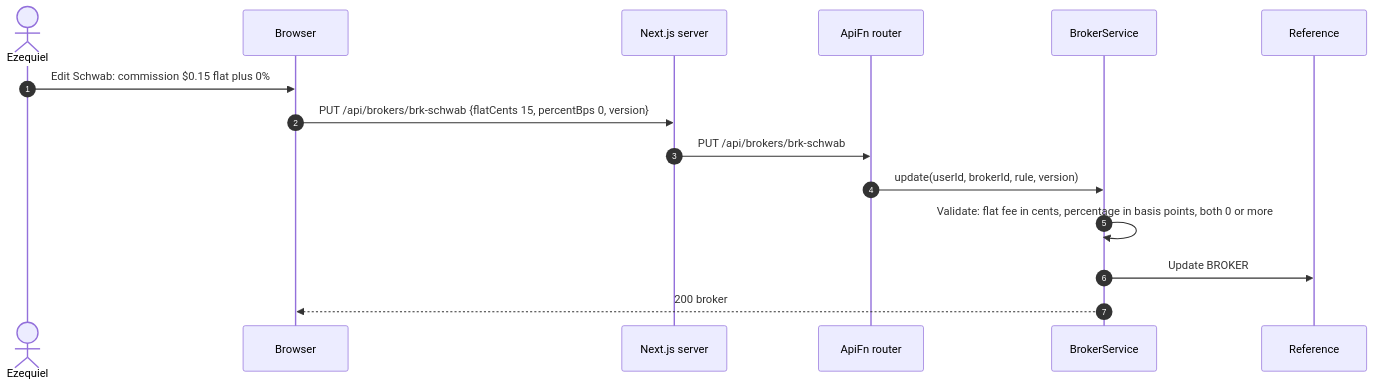
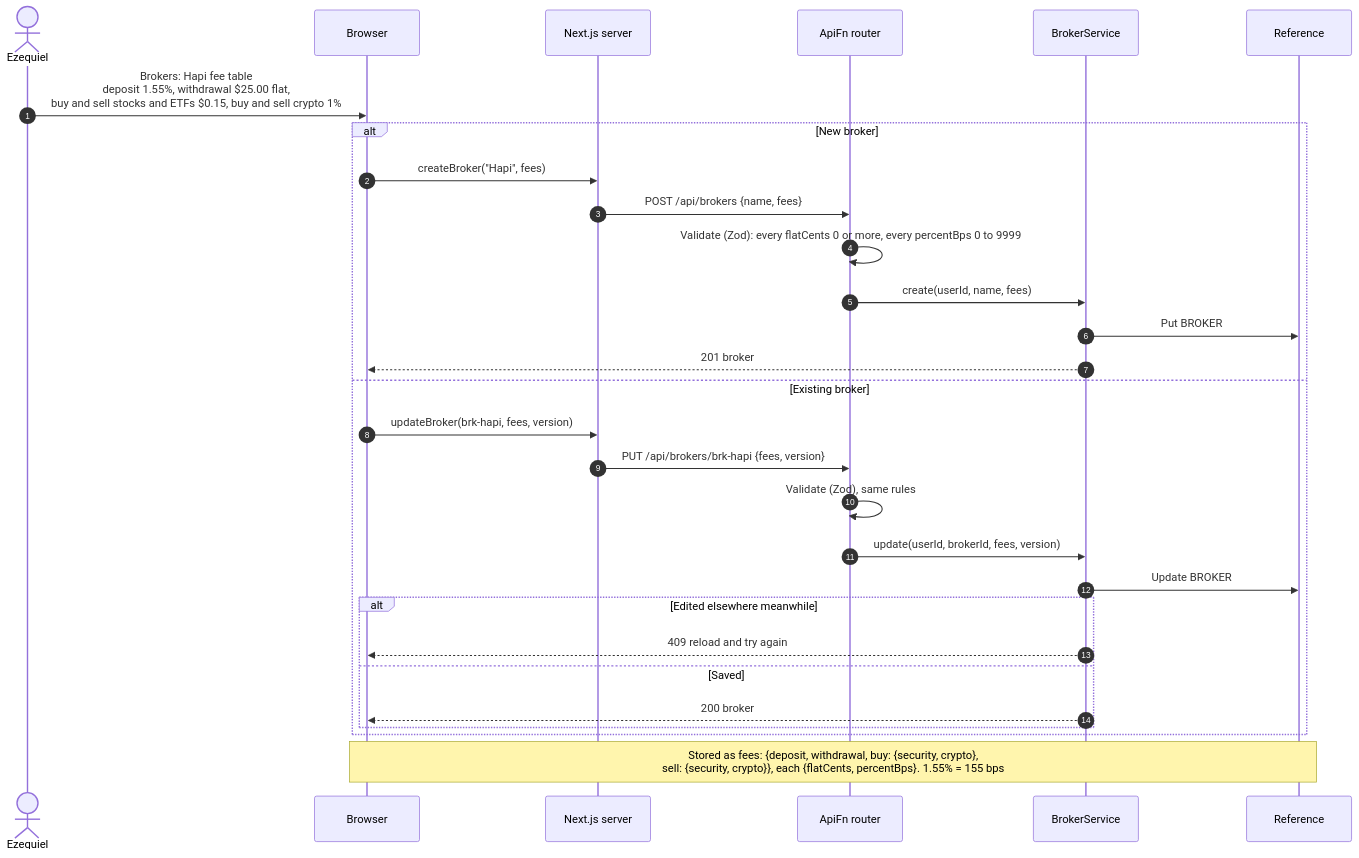
One commit to Ezequiel294/cs3365-finance-app changed the third of 5 diagrams in docs/diagrams/sequences/07-investments-and-net-worth.md. Above: the diagram before and after it, drawn with Mermaid. The commit also changed other lines of this file and 15 other files, not shown here.

Commit message:
attempt 2 diagram/architecture changes

````diff
--- a/docs/diagrams/sequences/07-investments-and-net-worth.md
+++ b/docs/diagrams/sequences/07-investments-and-net-worth.md
@@ -118,18 +168,32 @@
 ```mermaid
 sequenceDiagram
     autonumber
     actor U as Ezequiel
     participant UI as Browser
     participant Web as Next.js server
     participant API as ApiFn router
     participant BrS as BrokerService
     participant Ref as Reference
 
-    U->>UI: Edit Schwab: commission $0.15 flat plus 0%
-    UI->>Web: PUT /api/brokers/brk-schwab {flatCents 15, percentBps 0, version}
-    Web->>API: PUT /api/brokers/brk-schwab
-    API->>BrS: update(userId, brokerId, rule, version)
-    BrS->>BrS: Validate: flat fee in cents, percentage in basis points, both 0 or more
-    BrS->>Ref: Update BROKER#brk-schwab (version condition)
-    BrS-->>UI: 200 broker
+    U->>UI: Brokers: Hapi fee table<br/>deposit 1.55%, withdrawal $25.00 flat,<br/>buy and sell stocks and ETFs $0.15, buy and sell crypto 1%
+    alt New broker
+        UI->>Web: createBroker("Hapi", fees)
+        Web->>API: POST /api/brokers {name, fees}
+        API->>API: Validate (Zod): every flatCents 0 or more, every percentBps 0 to 9999
+        API->>BrS: create(userId, name, fees)
+        BrS->>Ref: Put BROKER#id (version 1)
+        BrS-->>UI: 201 broker
+    else Existing broker
+        UI->>Web: updateBroker(brk-hapi, fees, version)
+        Web->>API: PUT /api/brokers/brk-hapi {fees, version}
+        API->>API: Validate (Zod), same rules
+        API->>BrS: update(userId, brokerId, fees, version)
+        BrS->>Ref: Update BROKER#brk-hapi (version condition)
+        alt Edited elsewhere meanwhile
+            BrS-->>UI: 409 reload and try again
+        else Saved
+            BrS-->>UI: 200 broker
+        end
+    end
+    Note over UI,Ref: Stored as fees: {deposit, withdrawal, buy: {security, crypto},<br/>sell: {security, crypto}}, each {flatCents, percentBps}. 1.55% = 155 bps
 ```
````
